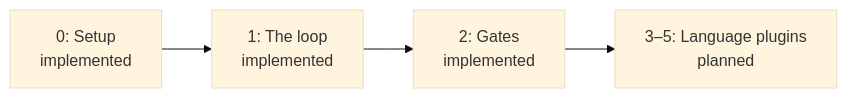
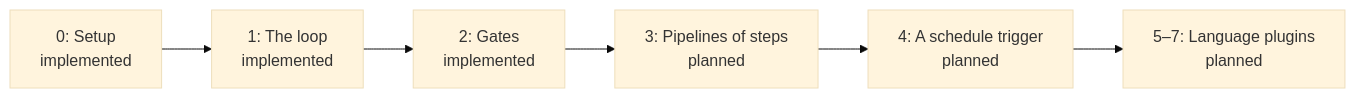
The diagram in docs/plans/README.md (StevenJPx2/atelier), drawn with Mermaid (base theme) before and after one commit. The commit also changed 1 other file, not shown here.

Commit message:
docs(plan): number the language plugins as slices 5 to 7
Pipelines of steps are slice 3 and the schedule trigger slice 4 (#43,
#42), so the language plugins are slices 5 to 7.

````diff
--- a/docs/plans/README.md
+++ b/docs/plans/README.md
@@ -6,6 +6,8 @@
 ```mermaid
 flowchart LR
     Setup["0: Setup<br/>implemented"] --> Loop["1: The loop<br/>implemented"]
     Loop --> Gates["2: Gates<br/>implemented"]
-    Gates --> Languages["3–5: Language plugins<br/>planned"]
+    Gates --> Pipelines["3: Pipelines of steps<br/>planned"]
+    Pipelines --> Schedule["4: A schedule trigger<br/>planned"]
+    Schedule --> Languages["5–7: Language plugins<br/>planned"]
 ```
````
